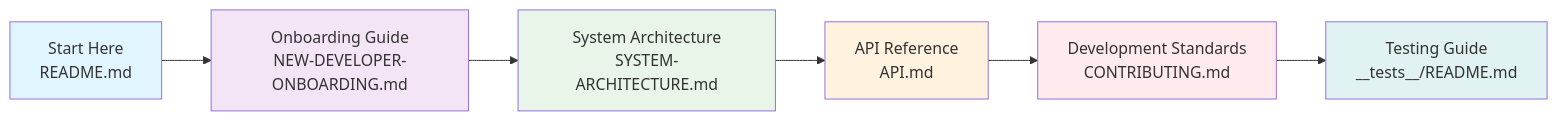
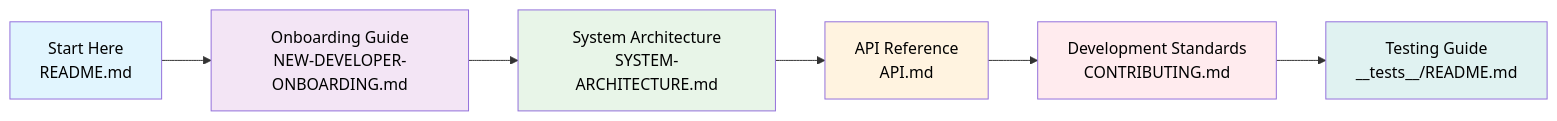
One commit to Interlaken0/temperature-plotter changed the second of 12 diagrams in docs/COMPLETE-DOCUMENTATION-GUIDE.md. Above: the diagram before and after it, drawn with Mermaid. The commit also changed other lines of this file and 8 other files, not shown here.

First line of the commit message:
Standardise Mermaid diagram text colour to black across all documentation

````diff
--- a/docs/COMPLETE-DOCUMENTATION-GUIDE.md
+++ b/docs/COMPLETE-DOCUMENTATION-GUIDE.md
@@ -73,15 +73,15 @@
 ```mermaid
 graph LR
     A[Start Here<br/>README.md] --> B[Onboarding Guide<br/>NEW-DEVELOPER-ONBOARDING.md]
     B --> C[System Architecture<br/>SYSTEM-ARCHITECTURE.md]
     C --> D[API Reference<br/>API.md]
     D --> E[Development Standards<br/>CONTRIBUTING.md]
     E --> F[Testing Guide<br/>__tests__/README.md]
     
-    style A fill:#e1f5fe
-    style B fill:#f3e5f5
-    style C fill:#e8f5e8
-    style D fill:#fff3e0
-    style E fill:#ffebee
-    style F fill:#e0f2f1
+    style A fill:#e1f5fe,color:#000000
+    style B fill:#f3e5f5,color:#000000
+    style C fill:#e8f5e8,color:#000000
+    style D fill:#fff3e0,color:#000000
+    style E fill:#ffebee,color:#000000
+    style F fill:#e0f2f1,color:#000000
 ```
````
